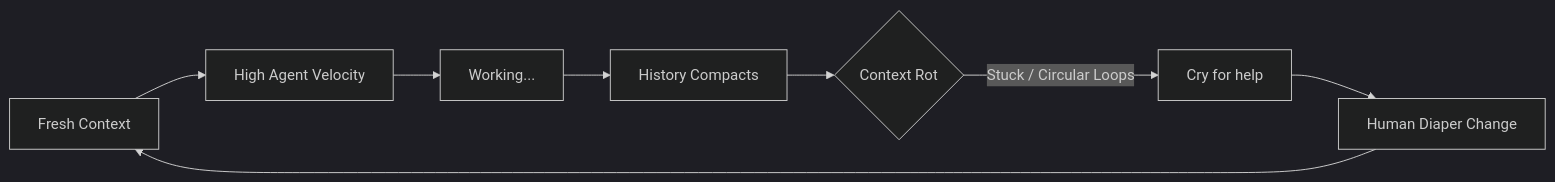
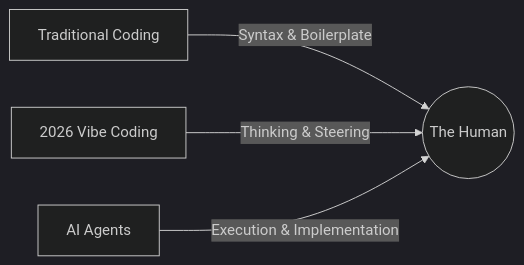
One commit to builtby-win/ston changed the first of 4 diagrams in src/content/blog/babysitting-agents-in-2026.md. Above: the diagram before and after it, drawn with Mermaid. The commit also changed other lines of this file, not shown here.

Commit message:
Overhaul blog post with essence diagram, 90/10 comparison table, and simplified Mermaid charts

````diff
--- a/src/content/blog/babysitting-agents-in-2026.md
+++ b/src/content/blog/babysitting-agents-in-2026.md
@@ -52,11 +9,7 @@
 ```mermaid
 %%{init: {'theme': 'dark', 'themeVariables': { 'fontSize': '16px' }}}%%
 graph LR
-    A[Fresh Context] --> B[High Agent Velocity]
-    B --> C[Working...]
-    C --> D[History Compacts]
-    D --> E{Context Rot}
-    E -->|Stuck / Circular Loops| F[Cry for help]
-    F --> G[Human Diaper Change]
-    G --> A
+    A[Traditional Coding] -- Syntax & Boilerplate --> B((The Human))
+    C[2026 Vibe Coding] -- Thinking & Steering --> B
+    D[AI Agents] -- Execution & Implementation --> B
 ```
````
